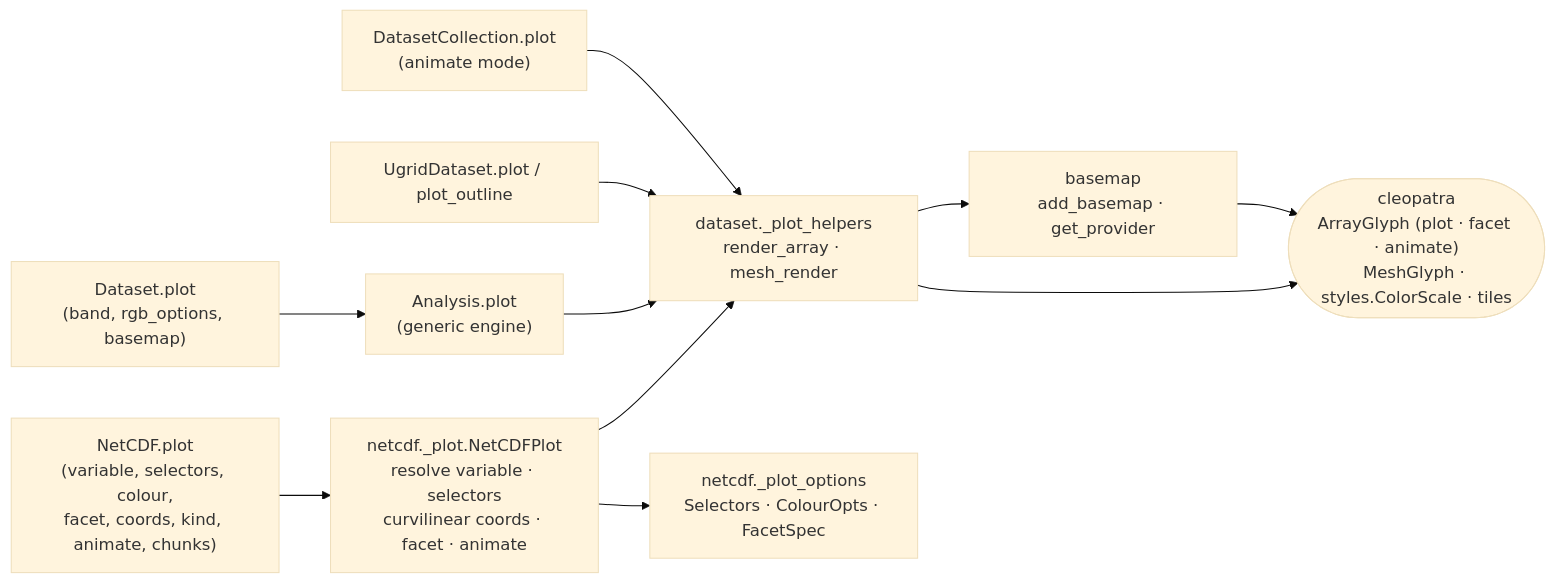
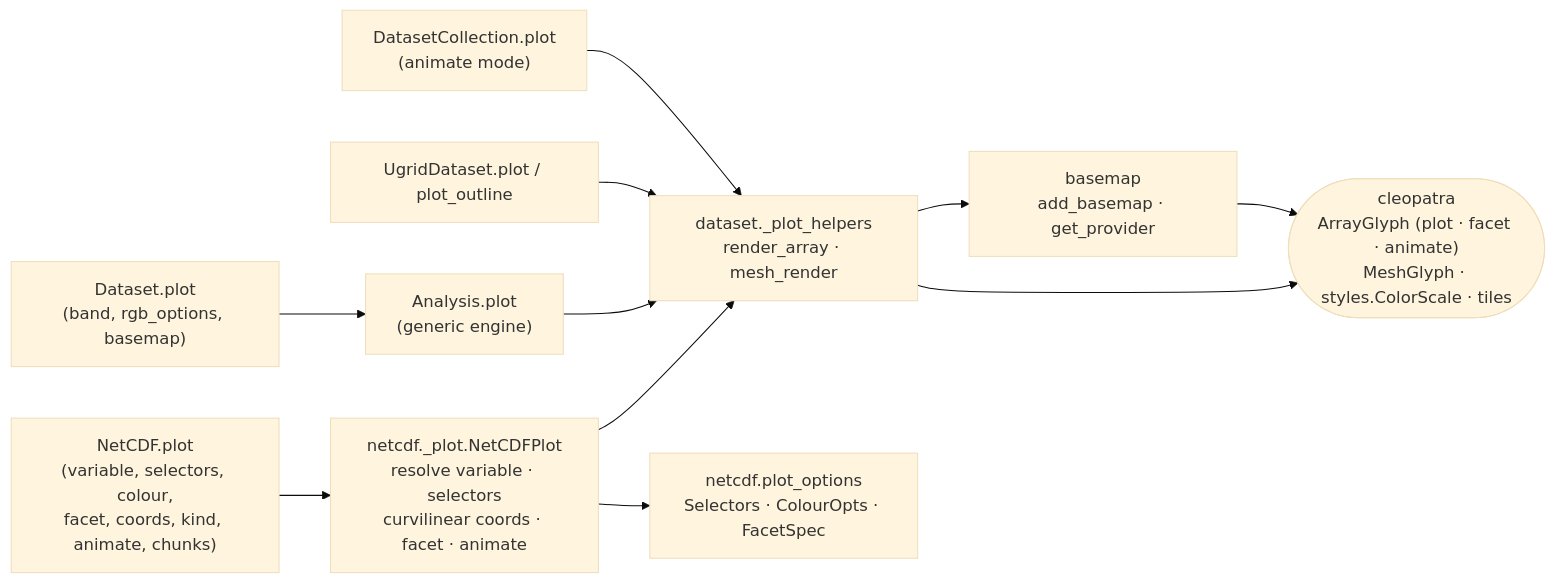
One commit to serapeum-org/pyramids changed the third of 3 diagrams in docs/overview/architecture.md. Above: the diagram before and after it, drawn with Mermaid (base theme). The commit also changed other lines of this file and 39 other files, not shown here.

````diff
--- a/docs/overview/architecture.md
+++ b/docs/overview/architecture.md
@@ -104,23 +104,23 @@
 ```mermaid
 graph LR
     DS["Dataset.plot<br/>(band, rgb_options, basemap)"]
     NC["NetCDF.plot<br/>(variable, selectors, colour,<br/>facet, coords, kind, animate, chunks)"]
     DC["DatasetCollection.plot<br/>(animate mode)"]
     UG["UgridDataset.plot / plot_outline"]
     AN["Analysis.plot<br/>(generic engine)"]
 
     NCP["netcdf._plot.NetCDFPlot<br/>resolve variable · selectors<br/>curvilinear coords · facet · animate"]
-    OPTS["netcdf._plot_options<br/>Selectors · ColourOpts · FacetSpec"]
+    OPTS["netcdf.plot_options<br/>Selectors · ColourOpts · FacetSpec"]
     RC["dataset._plot_helpers<br/>render_array · mesh_render"]
     BM["basemap<br/>add_basemap · get_provider"]
     CLEO(["cleopatra<br/>ArrayGlyph (plot · facet · animate)<br/>MeshGlyph · styles.ColorScale · tiles"])
 
     DS --> AN --> RC
     NC --> NCP --> RC
     NCP --> OPTS
     DC --> RC
     UG --> RC
     RC --> BM
     RC --> CLEO
     BM --> CLEO
 ```
````
